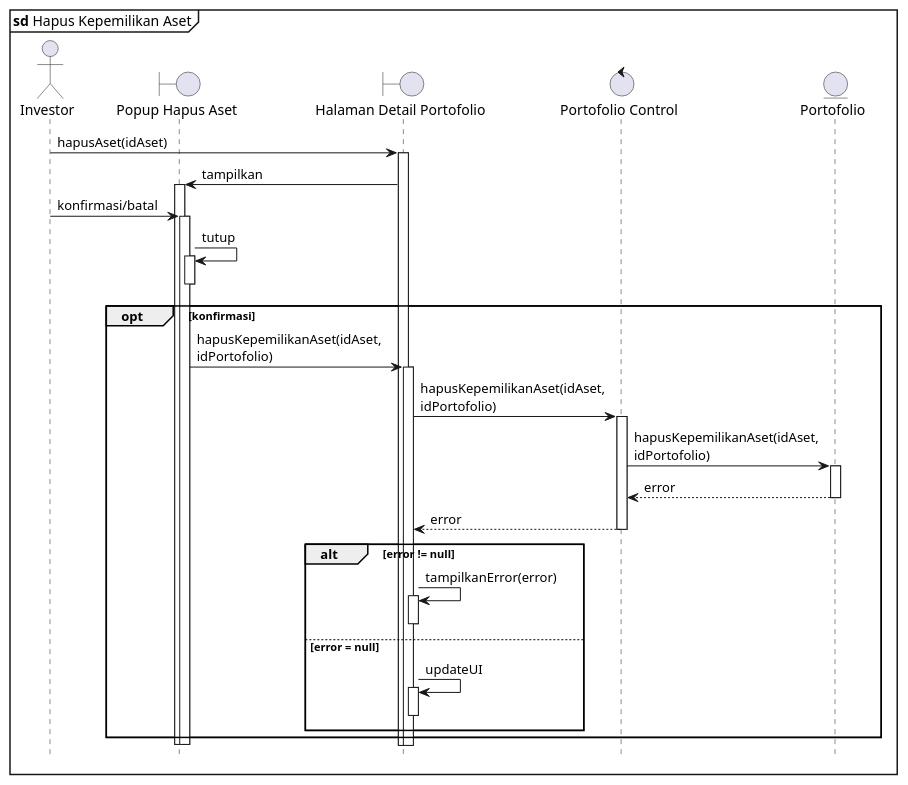
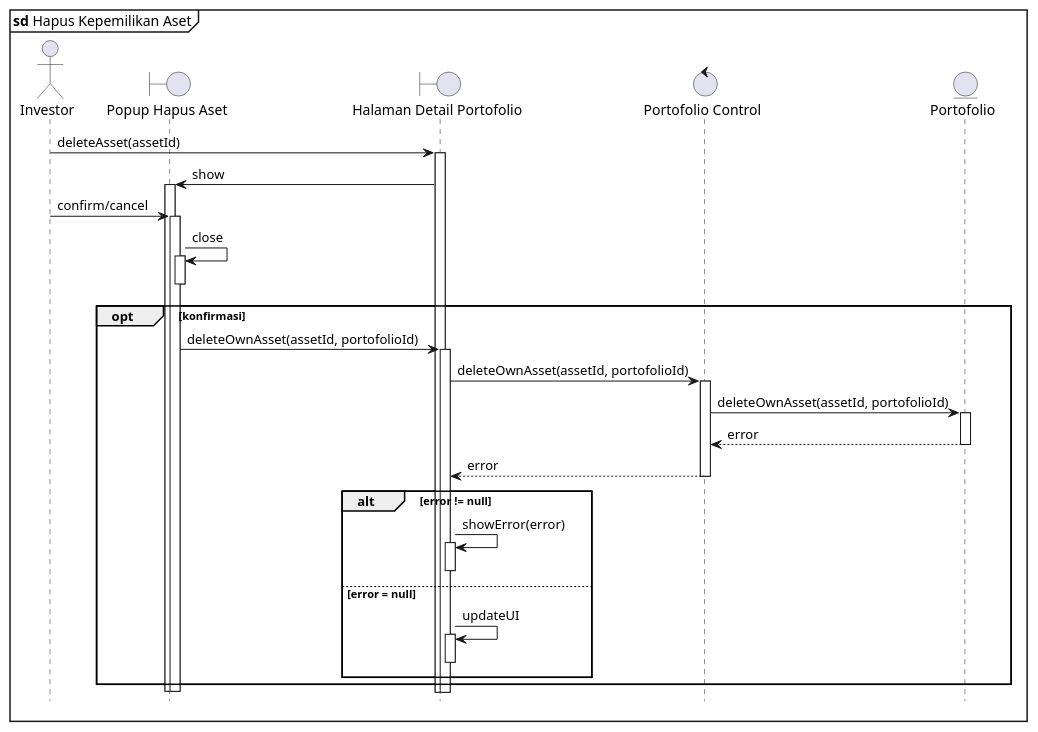
The diagram in sequence/hapus-aset.puml (clarestarahma/manajemen-investasi), drawn with PlantUML before and after one commit. The commit also changed 12 other files, not shown here.

```diff
--- a/sequence/hapus-aset.puml
+++ b/sequence/hapus-aset.puml
@@ -1,45 +1,45 @@
 @startuml Sequence
 
 skinparam maxMessageSize 250
 
 hide footbox
 autoactivate on
 
 mainframe **sd** Hapus Kepemilikan Aset
 
 actor Investor as I
 boundary "Popup Hapus Aset" as PHA
 boundary "Halaman Detail Portofolio" as HDP
 control "Portofolio Control" as PC
 entity "Portofolio" as P
 
-I -> HDP : hapusAset(idAset)
-HDP -> PHA : tampilkan
+I -> HDP : deleteAsset(assetId)
+HDP -> PHA : show
 
-I -> PHA : konfirmasi/batal
+I -> PHA : confirm/cancel
 
-PHA -> PHA : tutup
+PHA -> PHA : close
 deactivate PHA
 
 opt konfirmasi
-  PHA -> HDP : hapusKepemilikanAset(idAset, idPortofolio)
-  HDP -> PC : hapusKepemilikanAset(idAset, idPortofolio)
-  PC -> P : hapusKepemilikanAset(idAset, idPortofolio)
+  PHA -> HDP : deleteOwnAsset(assetId, portofolioId)
+  HDP -> PC : deleteOwnAsset(assetId, portofolioId)
+  PC -> P : deleteOwnAsset(assetId, portofolioId)
   P --> PC : error
   PC --> HDP : error
 
   alt error != null
-    HDP -> HDP : tampilkanError(error)
+    HDP -> HDP : showError(error)
     deactivate HDP
   else error = null
     HDP -> HDP : updateUI
     deactivate HDP
   end
 end
 
 deactivate PHA
 deactivate PHA
 
 
 
 @enduml
```
